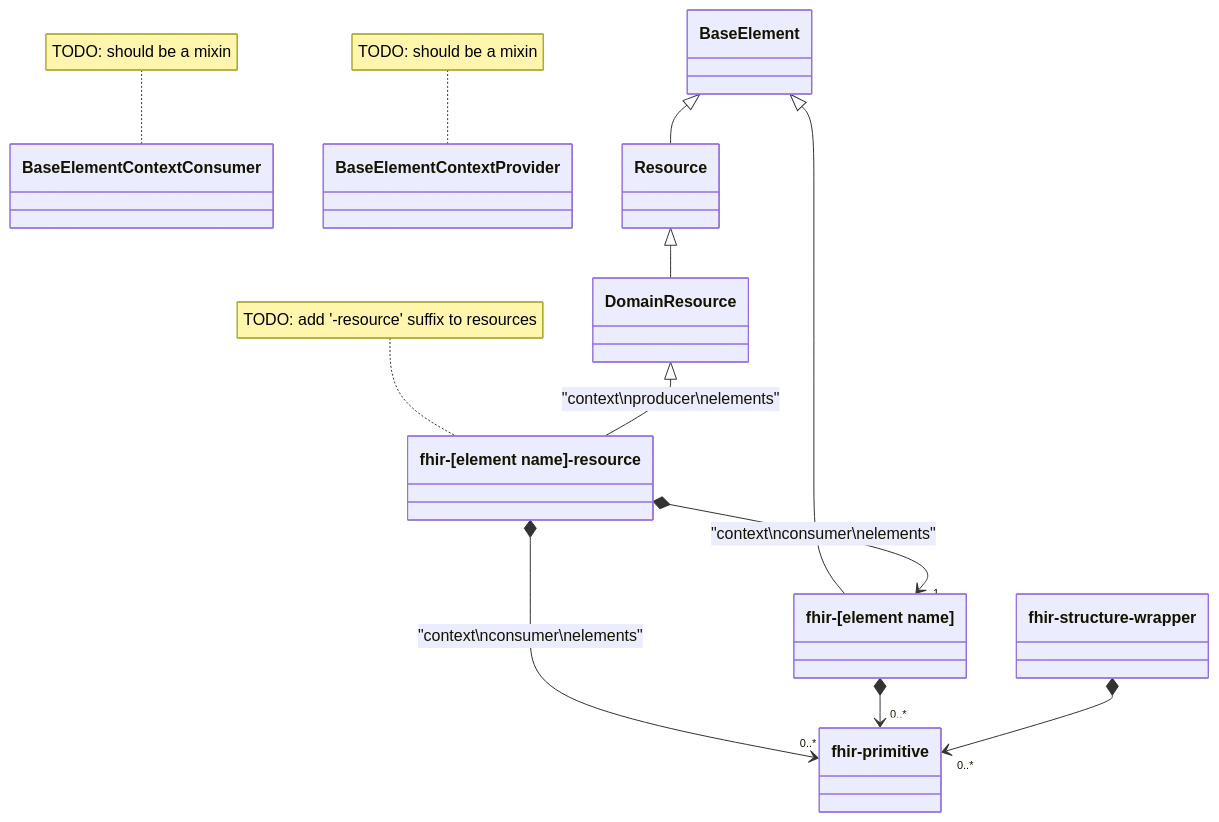
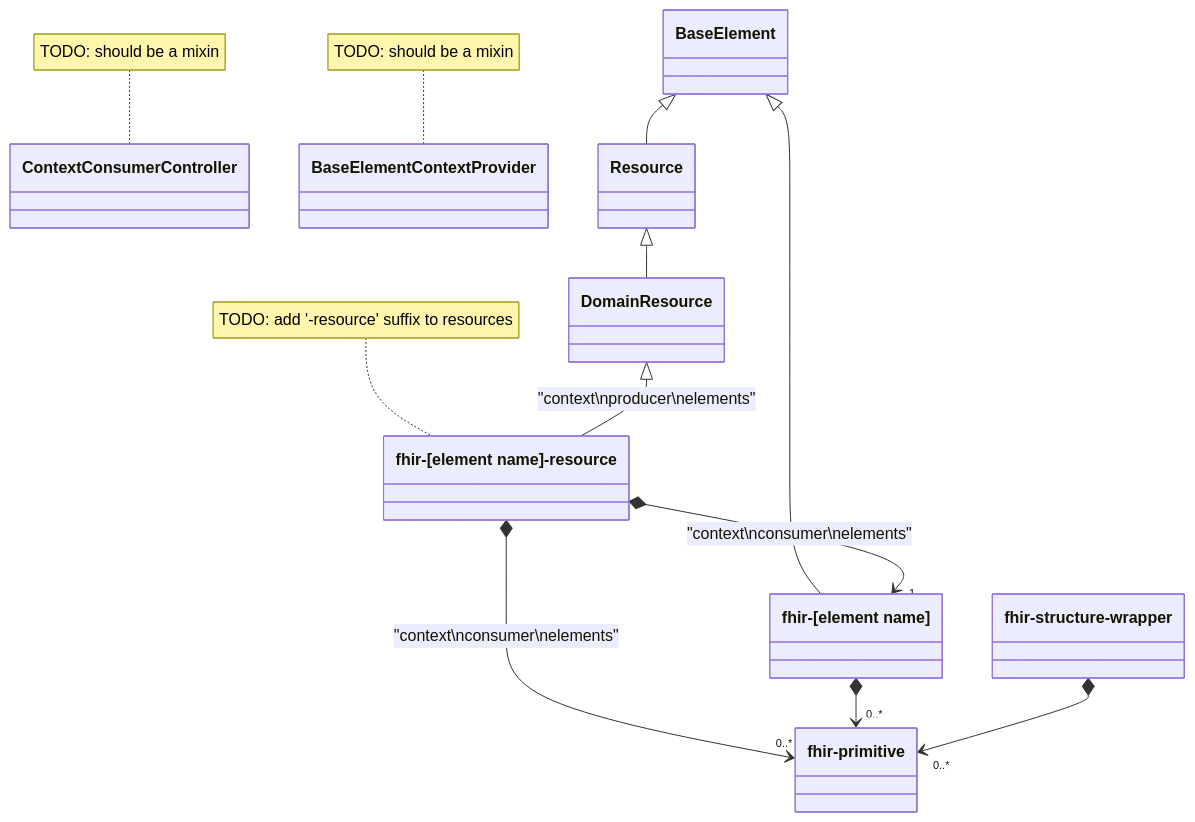
One commit to zenwork/fhir-beacon changed the third of 3 diagrams in docs/model.md. Above: the diagram before and after it, drawn with Mermaid. The commit also changed other lines of this file and 83 other files, not shown here.

````diff
--- a/docs/model.md
+++ b/docs/model.md
@@ -55,26 +55,26 @@
 ```mermaid
 classDiagram
-    note for BaseElementContextConsumer "TODO: should be a mixin"
+    note for ContextConsumerController "TODO: should be a mixin"
     note for BaseElementContextProvider "TODO: should be a mixin"
     note for `fhir-[element name]-resource` "TODO: add '-resource' suffix to resources"
 
-    class BaseElementContextConsumer
+    class ContextConsumerController
     class BaseElementContextProvider
 
-%%    BaseElement <|-- BaseElementContextConsumer
+%%    BaseElement <|-- ContextConsumerController
 %%    BaseElement <|-- BaseElementContextProvider
 %%    BaseElementContextProvider <|-- Resource
     BaseElement <|-- Resource
     Resource <|-- DomainResource
-%%    BaseElementContextConsumer <|-- `fhir-[element name]`
+%%    ContextConsumerController <|-- `fhir-[element name]`
     BaseElement <|-- `fhir-[element name]`
     DomainResource <|-- `fhir-[element name]-resource`: "context\nproducer\nelements"
     `fhir-[element name]-resource` *--> "1" `fhir-[element name]`: "context\nconsumer\nelements"
     `fhir-[element name]-resource` *--> "0..*" fhir-primitive: "context\nconsumer\nelements"
     `fhir-[element name]` *--> "0..*" fhir-primitive
 %%    `fhir-[element name]` *--> "1" fhir-wrapper
 %%    `fhir-[element name]` *--> "0..*" fhir-structure-wrapper
 %%    fhir-wrapper *--> "0..*" fhir-primitive
     fhir-structure-wrapper *--> "0..*" fhir-primitive
 
 ```
````
